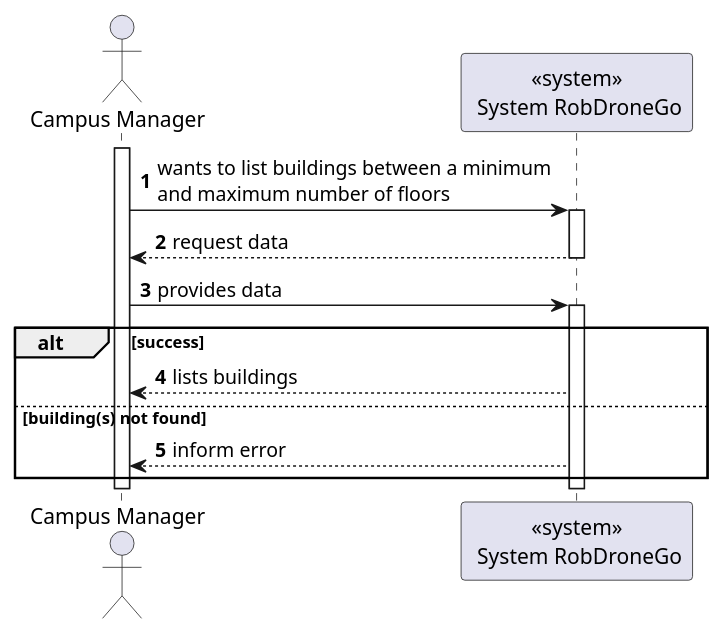
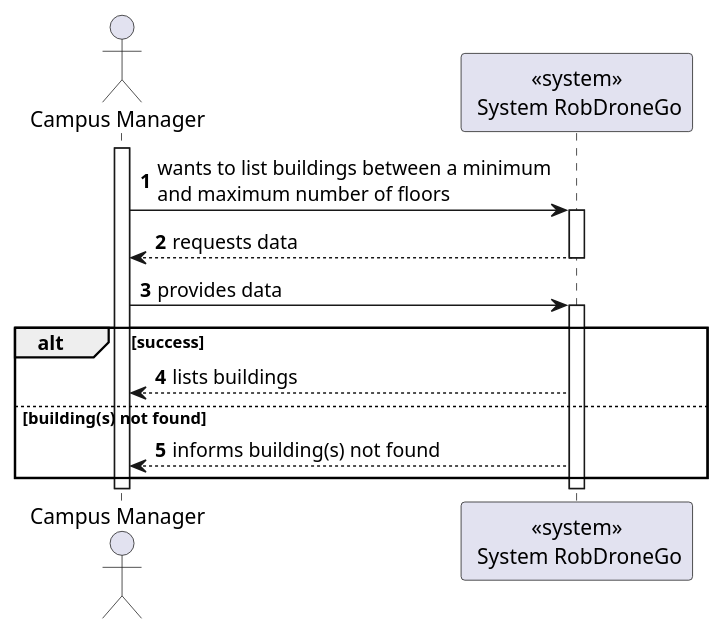
Before and after one commit to Departamento-de-Engenharia-Informatica/lapr5-23-24-g19: the diagram in docs/us1080/level1/process-view.puml, drawn with PlantUML. The commit also changed 3 other files, not shown here.

```diff
--- a/docs/us1080/level1/process-view.puml
+++ b/docs/us1080/level1/process-view.puml
@@ -1,24 +1,24 @@
 @startuml
 autonumber
 
 actor "Campus Manager" as usr
 
 participant "<<system>>\n System RobDroneGo" as sys
 
 activate usr
     usr -> sys : wants to list buildings between a minimum\nand maximum number of floors
     activate sys
-        sys --> usr : request data
+        sys --> usr : requests data
     deactivate sys
 
     usr -> sys : provides data
     activate sys
     alt success
         sys --> usr : lists buildings
     else building(s) not found
-        sys --> usr : inform error
+        sys --> usr : informs building(s) not found
     end
     deactivate sys
 deactivate usr
 
 @enduml
```
